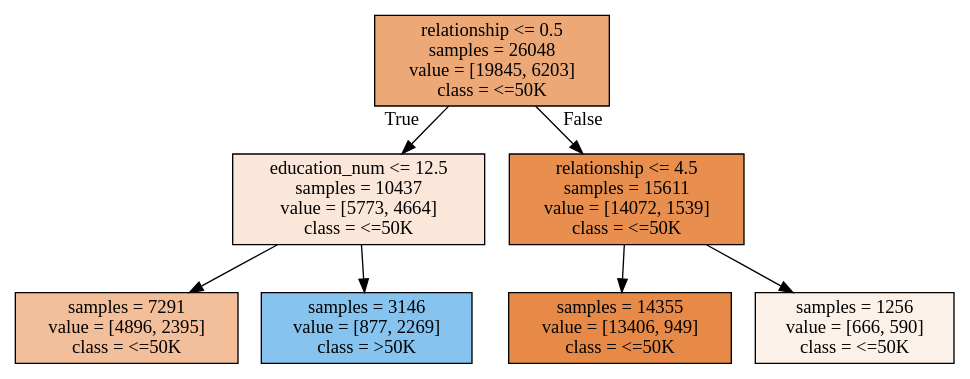
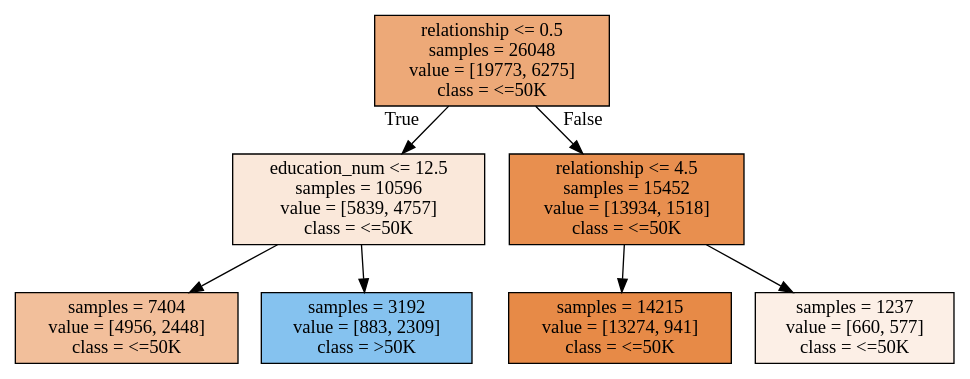
Before and after one commit to Nixxomatic/Analitika-podatkov-2: the diagram in 09_Strojno_ucenje_Decision_Trees_and_Random_Forests/data/tree.dot, drawn with Graphviz. The commit also changed 34 other files, not shown here.

```diff
--- a/09_Strojno_ucenje_Decision_Trees_and_Random_Forests/data/tree.dot
+++ b/09_Strojno_ucenje_Decision_Trees_and_Random_Forests/data/tree.dot
@@ -1,16 +1,16 @@
 digraph Tree {
 node [shape=box, style="filled", color="black"] ;
-0 [label="relationship <= 0.5\nsamples = 26048\nvalue = [19845, 6203]\nclass = <=50K", fillcolor="#eda877"] ;
-1 [label="education_num <= 12.5\nsamples = 10437\nvalue = [5773, 4664]\nclass = <=50K", fillcolor="#fae7d9"] ;
+0 [label="relationship <= 0.5\nsamples = 26048\nvalue = [19773, 6275]\nclass = <=50K", fillcolor="#eda978"] ;
+1 [label="education_num <= 12.5\nsamples = 10596\nvalue = [5839, 4757]\nclass = <=50K", fillcolor="#fae8da"] ;
 0 -> 1 [labeldistance=2.5, labelangle=45, headlabel="True"] ;
-2 [label="samples = 7291\nvalue = [4896, 2395]\nclass = <=50K", fillcolor="#f2bf9a"] ;
+2 [label="samples = 7404\nvalue = [4956, 2448]\nclass = <=50K", fillcolor="#f2bf9b"] ;
 1 -> 2 ;
-3 [label="samples = 3146\nvalue = [877, 2269]\nclass = >50K", fillcolor="#86c3ef"] ;
+3 [label="samples = 3192\nvalue = [883, 2309]\nclass = >50K", fillcolor="#85c2ef"] ;
 1 -> 3 ;
-4 [label="relationship <= 4.5\nsamples = 15611\nvalue = [14072, 1539]\nclass = <=50K", fillcolor="#e88f4f"] ;
+4 [label="relationship <= 4.5\nsamples = 15452\nvalue = [13934, 1518]\nclass = <=50K", fillcolor="#e88f4f"] ;
 0 -> 4 [labeldistance=2.5, labelangle=-45, headlabel="False"] ;
-5 [label="samples = 14355\nvalue = [13406, 949]\nclass = <=50K", fillcolor="#e78a47"] ;
+5 [label="samples = 14215\nvalue = [13274, 941]\nclass = <=50K", fillcolor="#e78a47"] ;
 4 -> 5 ;
-6 [label="samples = 1256\nvalue = [666, 590]\nclass = <=50K", fillcolor="#fcf1e8"] ;
+6 [label="samples = 1237\nvalue = [660, 577]\nclass = <=50K", fillcolor="#fcefe6"] ;
 4 -> 6 ;
 }
```
